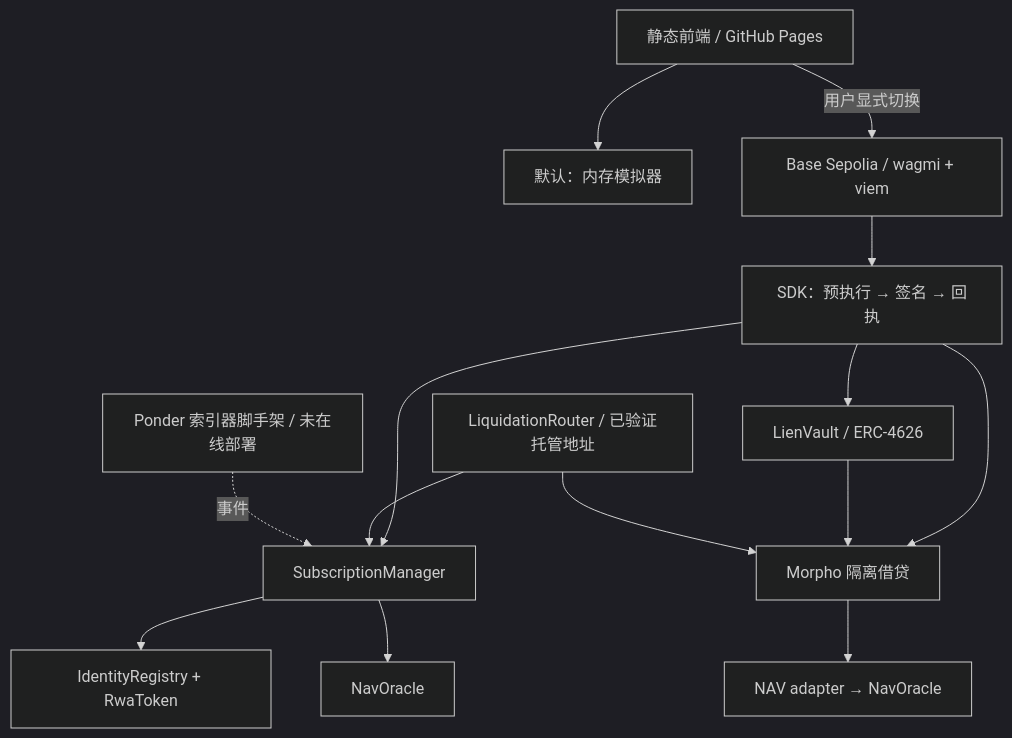
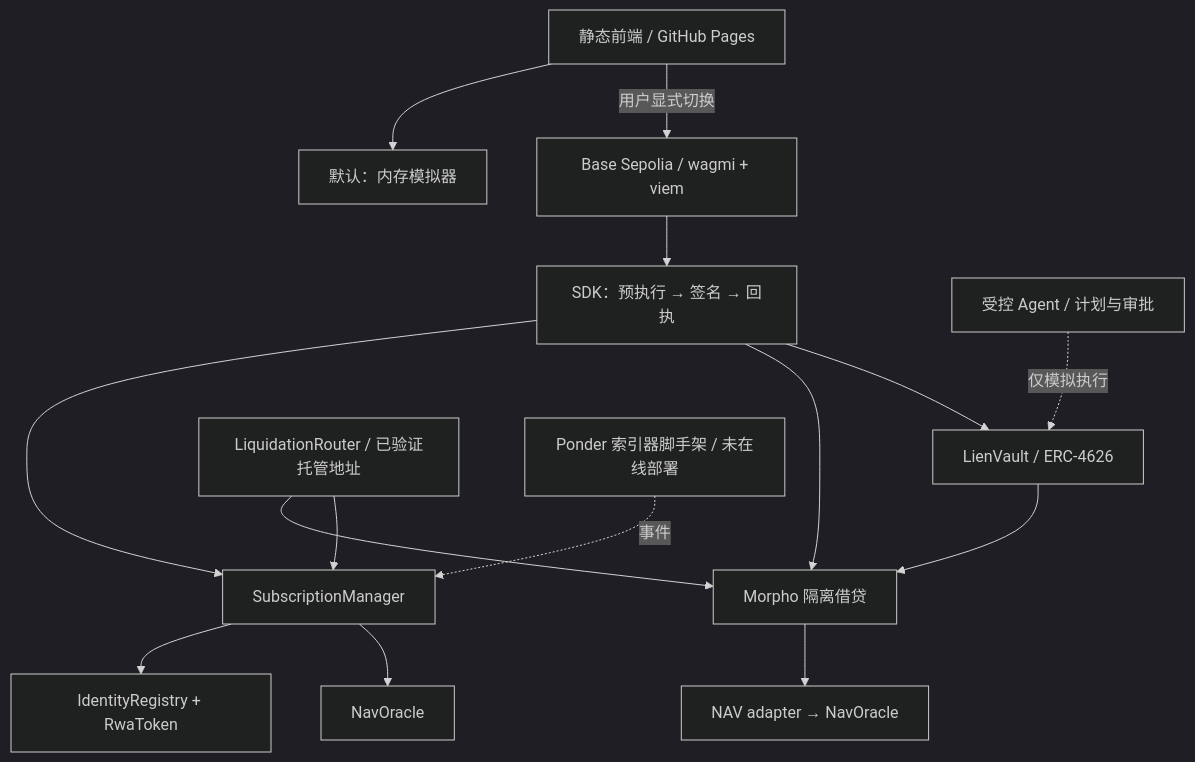
The diagram in docs/architecture-and-risks.md (Redchar1992/lien), drawn with Mermaid (dark theme) before and after one commit. The commit also changed other lines of this file and 17 other files, not shown here.

````diff
--- a/docs/architecture-and-risks.md
+++ b/docs/architecture-and-risks.md
@@ -5,16 +5,17 @@
 ```mermaid
 flowchart TD
   A[静态前端 / GitHub Pages] --> B[默认：内存模拟器]
   A -->|用户显式切换| C[Base Sepolia / wagmi + viem]
   C --> D[SDK：预执行 → 签名 → 回执]
   D --> E[SubscriptionManager]
   D --> F[Morpho 隔离借贷]
   D --> G[LienVault / ERC-4626]
   E --> H[IdentityRegistry + RwaToken]
   E --> I[NavOracle]
   F --> J[NAV adapter → NavOracle]
   G --> F
   K[LiquidationRouter / 已验证托管地址] --> F
   K --> E
   L[Ponder 索引器脚手架 / 未在线部署] -. 事件 .-> E
+  M[受控 Agent / 计划与审批] -. 仅模拟执行 .-> G
 ```
````
